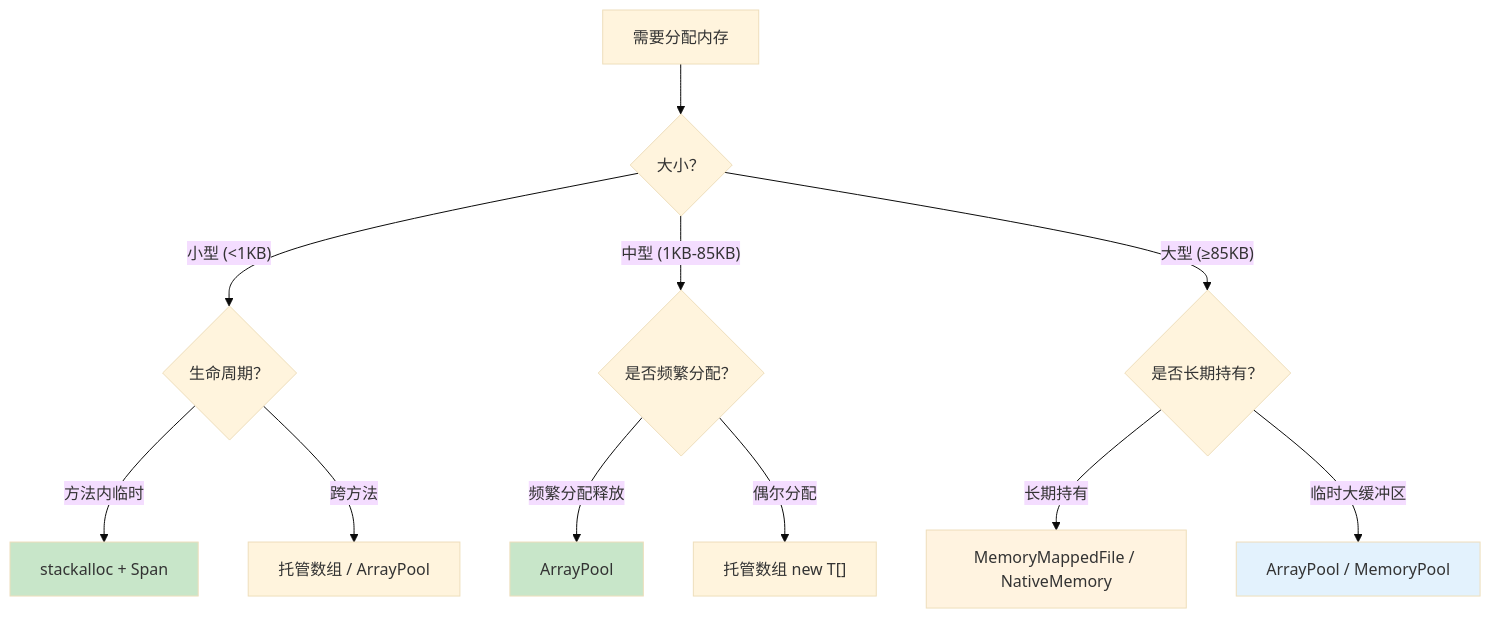
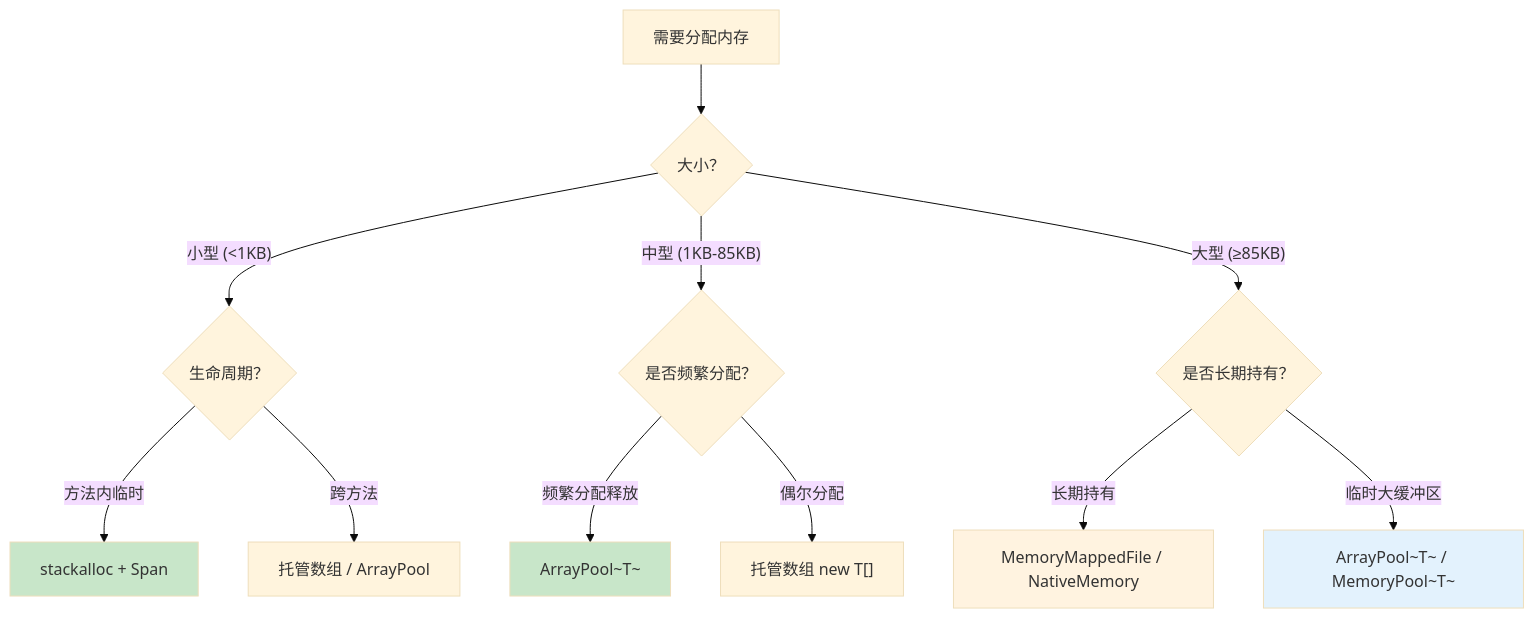
One commit to moklgydocs/moklgydocs.github.io changed diagram 11 of 12 in src/后端开发/CSharp/CLR深度/05_内存管理与垃圾回收/01_堆与栈的内存模型.md. Above: the diagram before and after it, drawn with Mermaid (base theme). The commit also changed other lines of this file and 32 other files, not shown here.

````diff
--- a/src/后端开发/CSharp/CLR深度/05_内存管理与垃圾回收/01_堆与栈的内存模型.md
+++ b/src/后端开发/CSharp/CLR深度/05_内存管理与垃圾回收/01_堆与栈的内存模型.md
@@ -1110,21 +1110,21 @@
 ```mermaid
 graph TD
     A["需要分配内存"] --> B{"大小？"}
     B -->|"小型 (<1KB)"| C{"生命周期？"}
     B -->|"中型 (1KB-85KB)"| D{"是否频繁分配？"}
     B -->|"大型 (≥85KB)"| E{"是否长期持有？"}
 
     C -->|"方法内临时"| F["stackalloc + Span"]
     C -->|"跨方法"| G["托管数组 / ArrayPool"]
 
-    D -->|"频繁分配释放"| H["ArrayPool<T>"]
+    D -->|"频繁分配释放"| H["ArrayPool~T~"]
     D -->|"偶尔分配"| I["托管数组 new T[]"]
 
     E -->|"长期持有"| J["MemoryMappedFile / NativeMemory"]
-    E -->|"临时大缓冲区"| K["ArrayPool<T> / MemoryPool<T>"]
+    E -->|"临时大缓冲区"| K["ArrayPool~T~ / MemoryPool~T~"]
 
     style F fill:#C8E6C9
     style H fill:#C8E6C9
     style J fill:#FFF3E0
     style K fill:#E3F2FD
 ```
````
